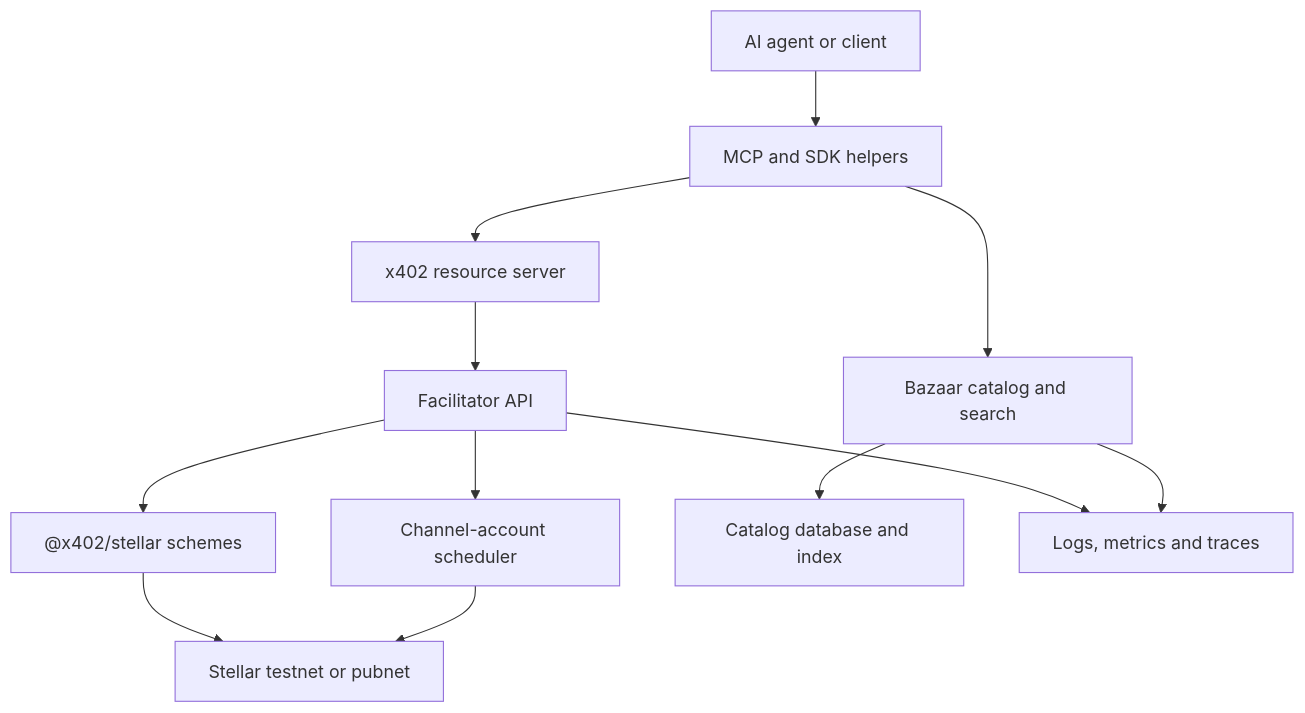
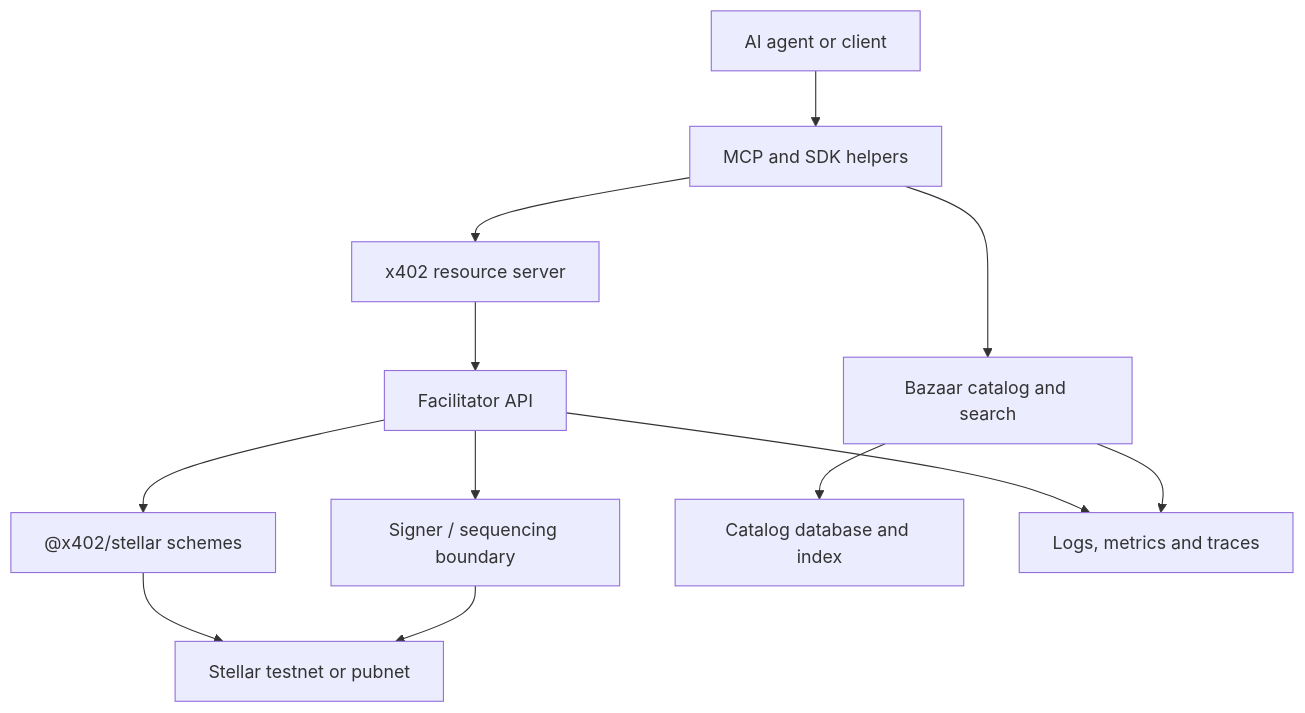
One commit to AiFinPay/stellar-x402-facilitator changed the diagram in README.md. Above: the diagram before and after it, drawn with Mermaid. The commit also changed other lines of this file and 9 other files, not shown here.

````diff
--- a/README.md
+++ b/README.md
@@ -39,14 +50,14 @@
 ```mermaid
 flowchart TD
     A["AI agent or client"] --> M["MCP and SDK helpers"]
     M --> B["Bazaar catalog and search"]
     M --> R["x402 resource server"]
     R --> F["Facilitator API"]
     F --> X["@x402/stellar schemes"]
-    F --> Q["Channel-account scheduler"]
+    F --> Q["Signer / sequencing boundary"]
     X --> S["Stellar testnet or pubnet"]
     Q --> S
     B --> D["Catalog database and index"]
     F --> O["Logs, metrics and traces"]
     B --> O
 ```
````
